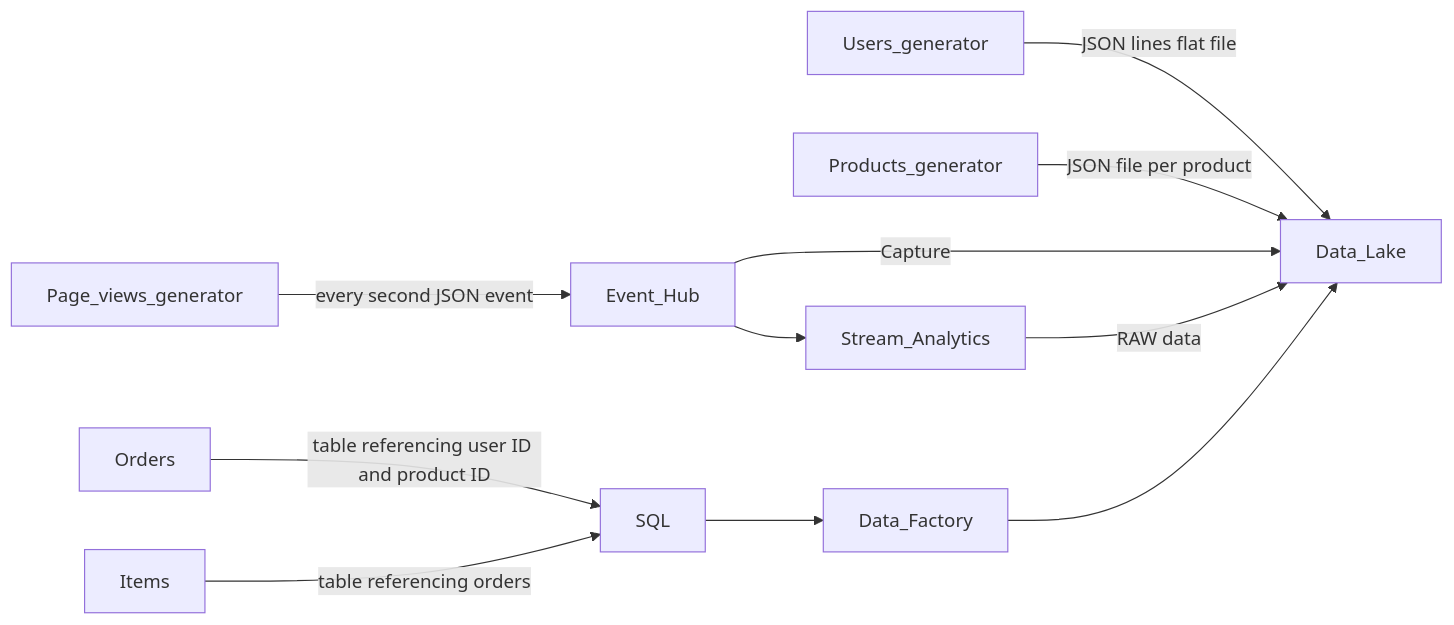
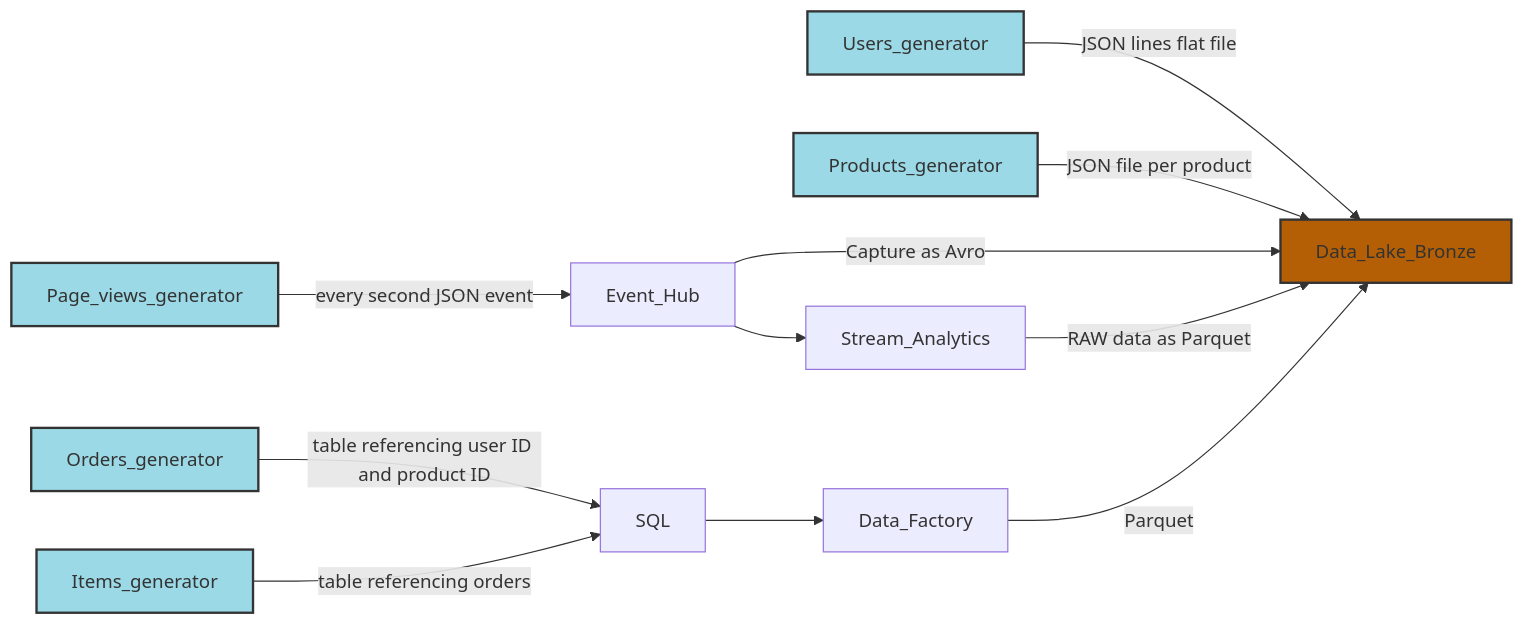
The first of 2 diagrams in README.md (tkubica12/dataplayground), drawn with Mermaid before and after one commit. The commit also changed other lines of this file, not shown here.

Commit message:
colorize diagrams

````diff
--- a/README.md
+++ b/README.md
@@ -17,11 +17,16 @@
 ```mermaid
 graph LR;
-    Users_generator -- JSON lines flat file --> Data_Lake;
-    Products_generator -- JSON file per product --> Data_Lake;
-    Orders -- table referencing user ID and product ID --> SQL;
-    Items -- table referencing orders --> SQL;
+    Users_generator -- JSON lines flat file --> Data_Lake_Bronze;
+    Products_generator -- JSON file per product --> Data_Lake_Bronze;
+    Orders_generator -- table referencing user ID and product ID --> SQL;
+    Items_generator -- table referencing orders --> SQL;
     Page_views_generator -- every second JSON event --> Event_Hub;
-    Event_Hub -- Capture --> Data_Lake;
-    Event_Hub --> Stream_Analytics -- RAW data --> Data_Lake;
-    SQL --> Data_Factory --> Data_Lake;
+    Event_Hub -- Capture as Avro --> Data_Lake_Bronze;
+    Event_Hub --> Stream_Analytics -- RAW data as Parquet --> Data_Lake_Bronze;
+    SQL --> Data_Factory -- Parquet --> Data_Lake_Bronze;
+
+    classDef generators fill:#9bd9e6,stroke:#333,stroke-width:2px;
+    class Users_generator,Products_generator,Orders_generator,Items_generator,Page_views_generator generators;
+
+    style Data_Lake_Bronze fill:#b45f06,stroke:#333,stroke-width:2px
 ```
````
